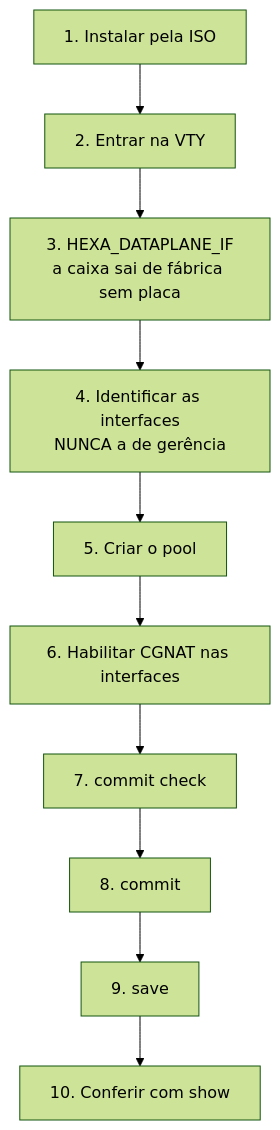
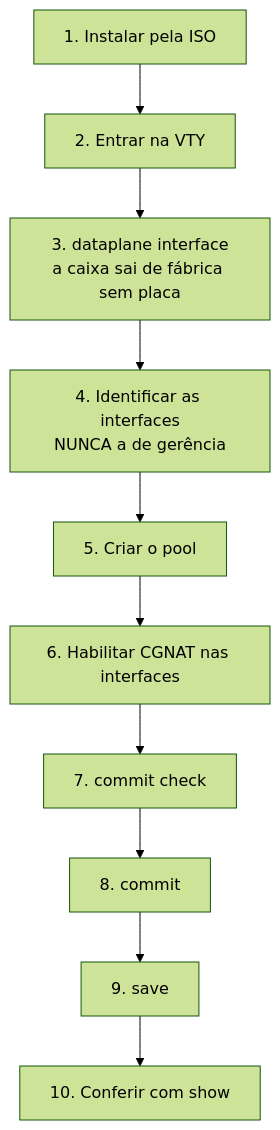
The first of 2 diagrams in wiki/comecar-aqui/primeiros-passos.md (andrediashexa/prismarouting), drawn with Mermaid (forest theme) before and after one commit. The commit also changed other lines of this file and 12 other files, not shown here.

````diff
--- a/wiki/comecar-aqui/primeiros-passos.md
+++ b/wiki/comecar-aqui/primeiros-passos.md
@@ -5,12 +5,12 @@
 ```mermaid
 flowchart TD
     A["1. Instalar pela ISO"] --> B["2. Entrar na VTY"]
-    B --> C["3. HEXA_DATAPLANE_IF<br/>a caixa sai de fábrica sem placa"]
+    B --> C["3. dataplane interface<br/>a caixa sai de fábrica sem placa"]
     C --> D["4. Identificar as interfaces<br/>NUNCA a de gerência"]
     D --> E["5. Criar o pool"]
     E --> F["6. Habilitar CGNAT nas interfaces"]
     F --> G["7. commit check"]
     G --> H["8. commit"]
     H --> I["9. save"]
     I --> J["10. Conferir com show"]
 ```
````
